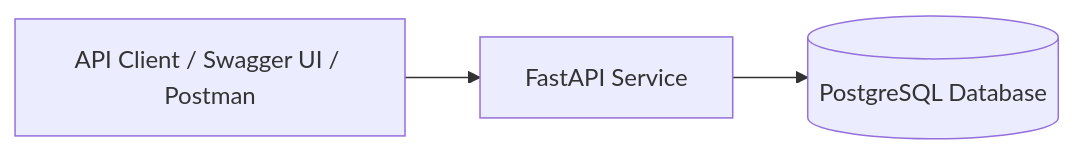
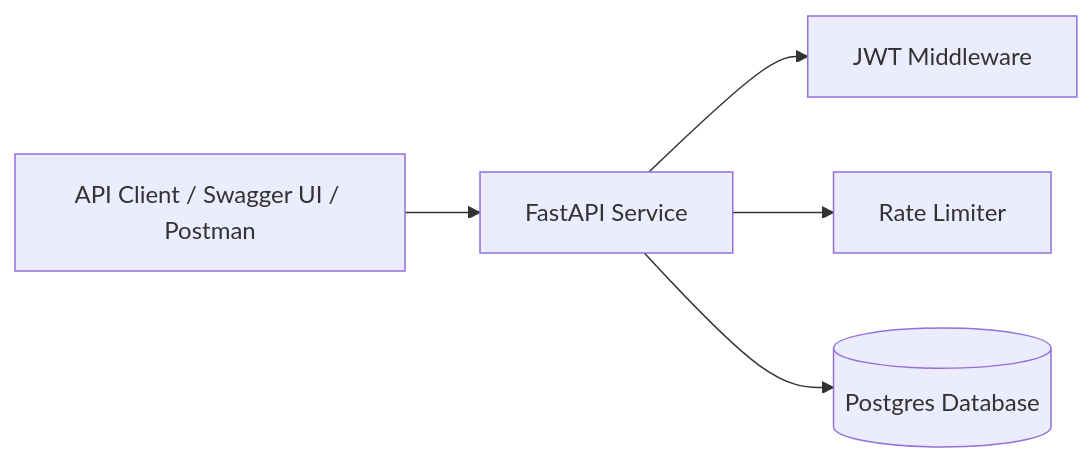
The first of 2 diagrams in README.md (bmokrytz/TaskBeacon), drawn with Mermaid before and after one commit. The commit also changed other lines of this file, not shown here.

````diff
--- a/README.md
+++ b/README.md
@@ -20,5 +18,7 @@
 ```mermaid
 flowchart LR
     Client[API Client / Swagger UI / Postman] --> API[FastAPI Service]
-    API --> DB[(PostgreSQL Database)]
+    API --> Auth[JWT Middleware]
+    API --> RateLimit[Rate Limiter]
+    API --> DB[(Postgres Database)]
 ```
````
